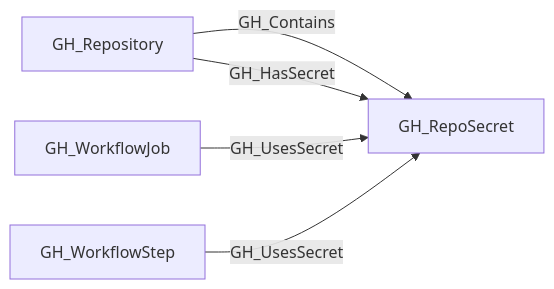
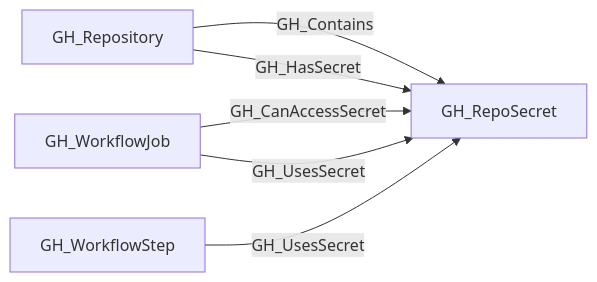
One commit to SpecterOps/bloodhound-docs changed the second of 2 diagrams in docs/opengraph/extensions/github/nodes/gh_reposecret.mdx. Above: the diagram before and after it, drawn with Mermaid. The commit also changed other lines of this file and 33 other files, not shown here.

````diff
--- a/docs/opengraph/extensions/github/nodes/gh_reposecret.mdx
+++ b/docs/opengraph/extensions/github/nodes/gh_reposecret.mdx
@@ -50,12 +51,13 @@
 ```mermaid
 flowchart LR
 
     GH_RepoSecret["GH_RepoSecret"]
     GH_Repository["GH_Repository"]
     GH_WorkflowJob["GH_WorkflowJob"]
     GH_WorkflowStep["GH_WorkflowStep"]
     GH_Repository -- GH_Contains --> GH_RepoSecret
     GH_Repository -- GH_HasSecret --> GH_RepoSecret
+    GH_WorkflowJob -- GH_CanAccessSecret --> GH_RepoSecret
     GH_WorkflowJob -- GH_UsesSecret --> GH_RepoSecret
     GH_WorkflowStep -- GH_UsesSecret --> GH_RepoSecret
 ```
````
